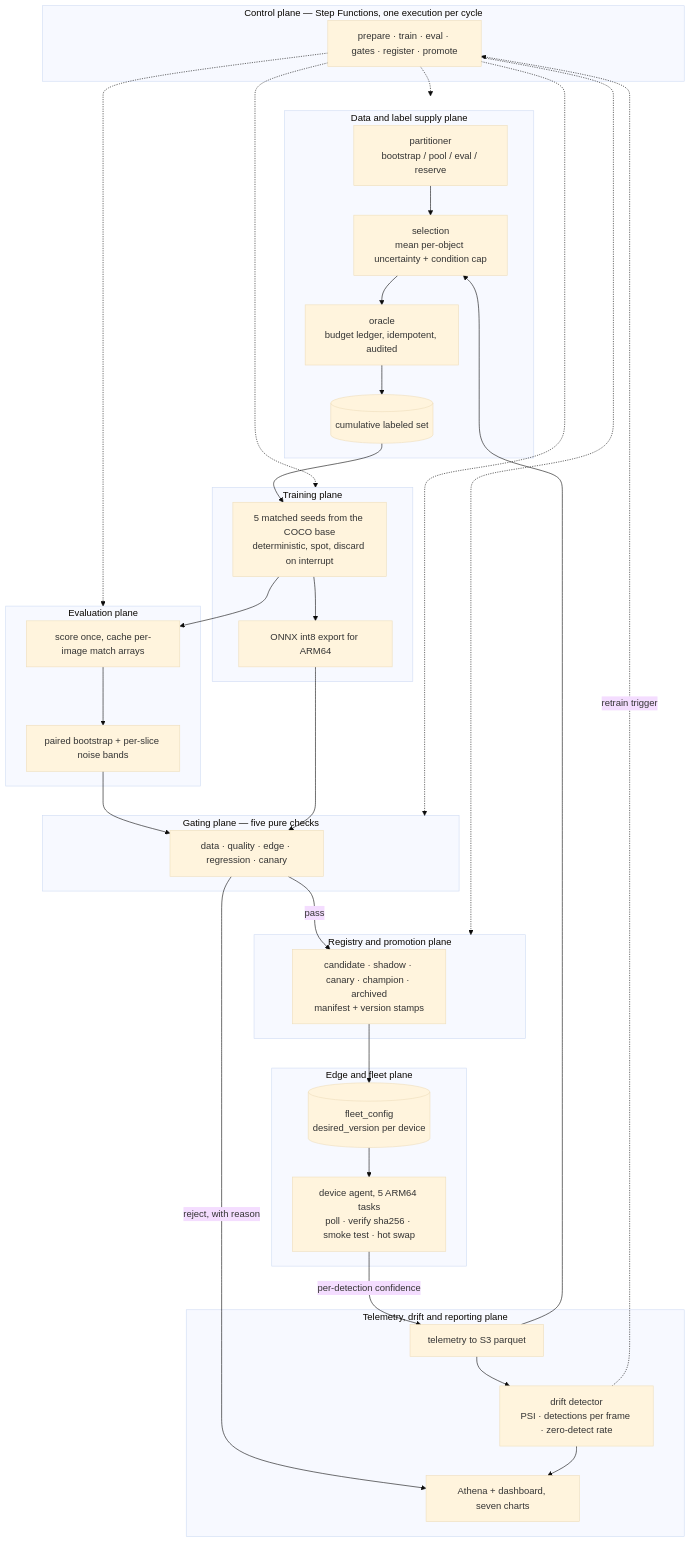
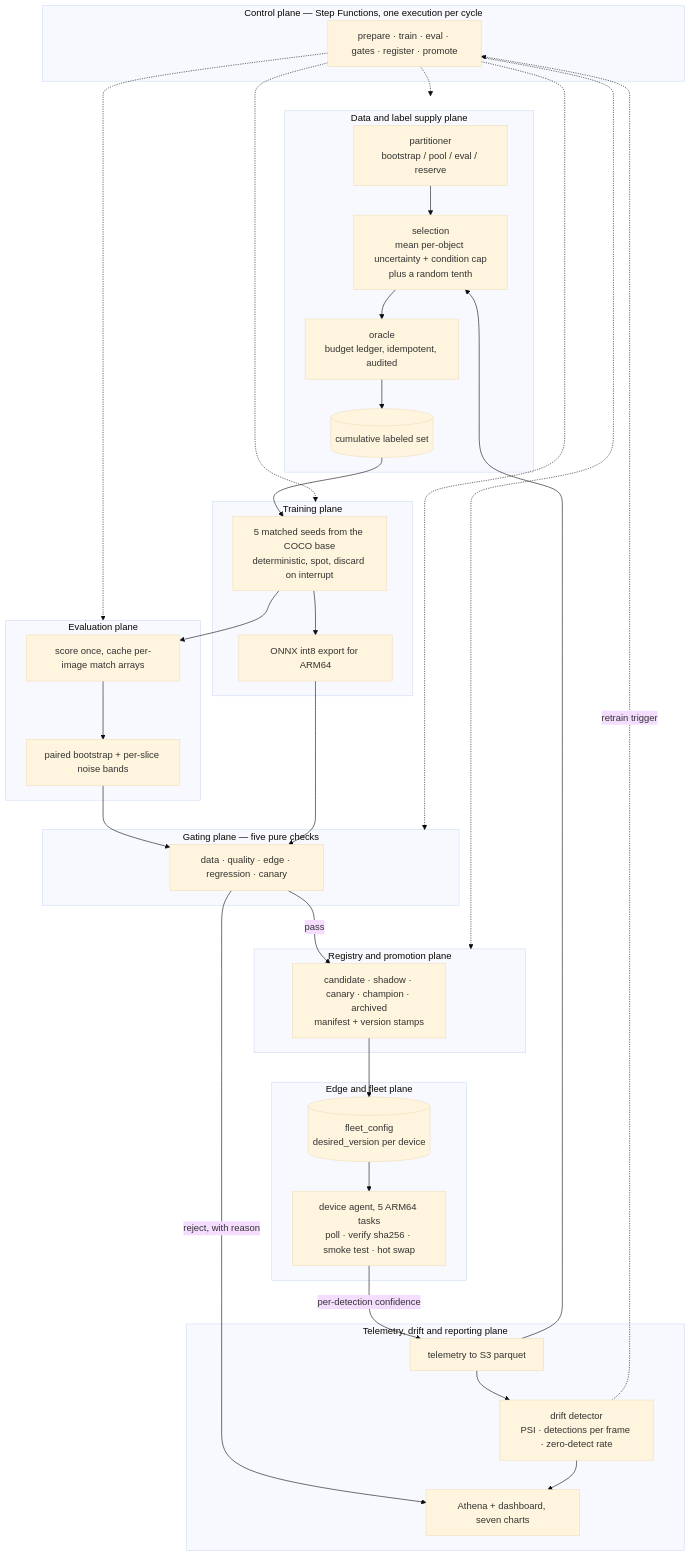
One commit to arnavnair220/edge-ml-flywheel changed the diagram in docs/00-overview.md. Above: the diagram before and after it, drawn with Mermaid (base theme). The commit also changed other lines of this file and 4 other files, not shown here.

````diff
--- a/docs/00-overview.md
+++ b/docs/00-overview.md
@@ -80,67 +84,67 @@
 ```mermaid
 flowchart TB
     subgraph CTRL["Control plane — Step Functions, one execution per cycle"]
         SFN["prepare · train · eval · gates · register · promote"]
     end
 
     subgraph DATA["Data and label supply plane"]
         PART["partitioner<br/>bootstrap / pool / eval / reserve"]
-        SEL["selection<br/>mean per-object uncertainty + condition cap"]
+        SEL["selection<br/>mean per-object uncertainty + condition cap<br/>plus a random tenth"]
         ORACLE["oracle<br/>budget ledger, idempotent, audited"]
         POOL[("cumulative labeled set")]
     end
 
     subgraph TRAIN["Training plane"]
         SEEDS["5 matched seeds from the COCO base<br/>deterministic, spot, discard on interrupt"]
         EXPORT["ONNX int8 export for ARM64"]
     end
 
     subgraph EVAL["Evaluation plane"]
         SCORE["score once, cache per-image match arrays"]
         BOOT["paired bootstrap + per-slice noise bands"]
     end
 
     subgraph GATE["Gating plane — five pure checks"]
         G["data · quality · edge · regression · canary"]
     end
 
     subgraph REG["Registry and promotion plane"]
         SM["candidate · shadow · canary · champion · archived<br/>manifest + version stamps"]
     end
 
     subgraph EDGE["Edge and fleet plane"]
         CFG[("fleet_config<br/>desired_version per device")]
         AGENT["device agent, 5 ARM64 tasks<br/>poll · verify sha256 · smoke test · hot swap"]
     end
 
     subgraph OBS["Telemetry, drift and reporting plane"]
         TEL["telemetry to S3 parquet"]
         DRIFT["drift detector<br/>PSI · detections per frame · zero-detect rate"]
         DASH["Athena + dashboard, seven charts"]
     end
 
     PART --> SEL
     SEL --> ORACLE
     ORACLE --> POOL
     POOL --> SEEDS
     SEEDS --> SCORE
     SCORE --> BOOT
     BOOT --> G
     SEEDS --> EXPORT
     EXPORT --> G
     G -->|pass| SM
     G -->|"reject, with reason"| DASH
     SM --> CFG
     CFG --> AGENT
     AGENT -->|"per-detection confidence"| TEL
     TEL --> SEL
     TEL --> DRIFT
     DRIFT --> DASH
     DRIFT -.->|"retrain trigger"| SFN
 
     SFN -.-> DATA
     SFN -.-> TRAIN
     SFN -.-> EVAL
     SFN -.-> GATE
     SFN -.-> REG
 ```
````
